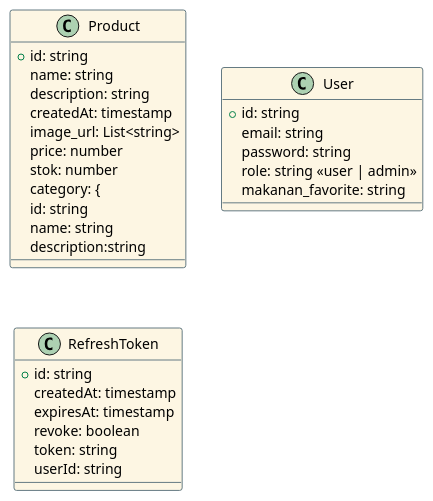
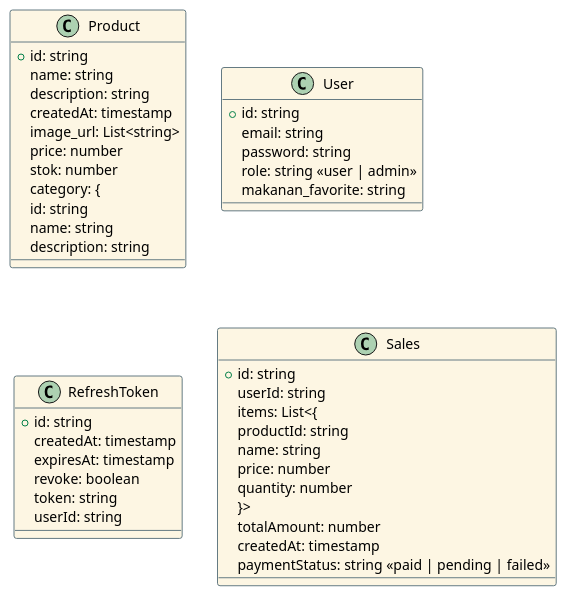
The diagram in diagram/database.puml (ren-zi-fa/market-cloths), drawn with PlantUML before and after one commit. The commit also changed 11 other files, not shown here.

```diff
--- a/diagram/database.puml
+++ b/diagram/database.puml
@@ -1,46 +1,61 @@
-@startuml market_nosql
+@startuml market_cloths
 
 ' Styling
 skinparam class {
   BackgroundColor #FDF6E3
   BorderColor #657B83
   BorderThickness 1
   ArrowColor Black
 }
 
 ' Product Document (Category embedded)
 class Product {
   + id: string
   name: string
   description: string
   createdAt: timestamp
   image_url: List<string>
   price: number
   stok: number
   category: {
     id: string
     name: string
-    description:string
+    description: string
   }
 
 
 ' User Document
 class User {
   + id: string
   email: string
   password: string
   role: string <<user | admin>>
   makanan_favorite: string
 }
 
 ' Refresh Token Document (userId as ref)
 class RefreshToken {
   + id: string
   createdAt: timestamp
   expiresAt: timestamp
   revoke: boolean
   token: string
   userId: string
 }
 
+' Sales Document
+class Sales {
+  + id: string
+  userId: string
+  items: List<{
+    productId: string
+    name: string
+    price: number
+    quantity: number
+  }>
+  totalAmount: number
+  createdAt: timestamp
+  paymentStatus: string <<paid | pending | failed>>
+}
+
 @enduml
```
